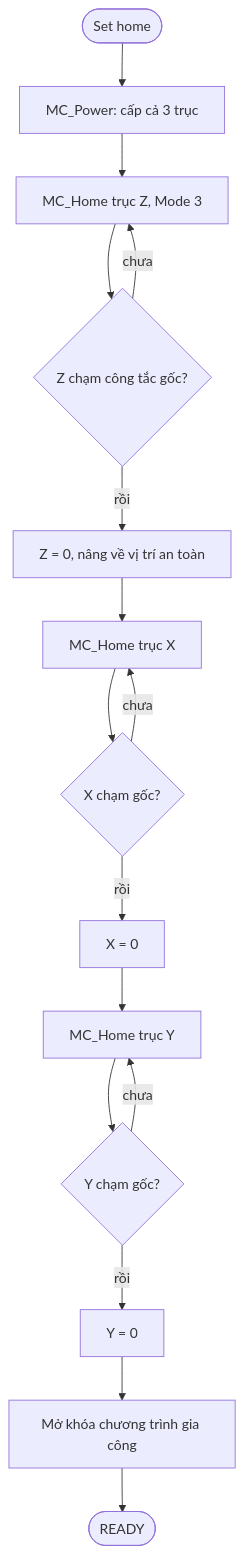
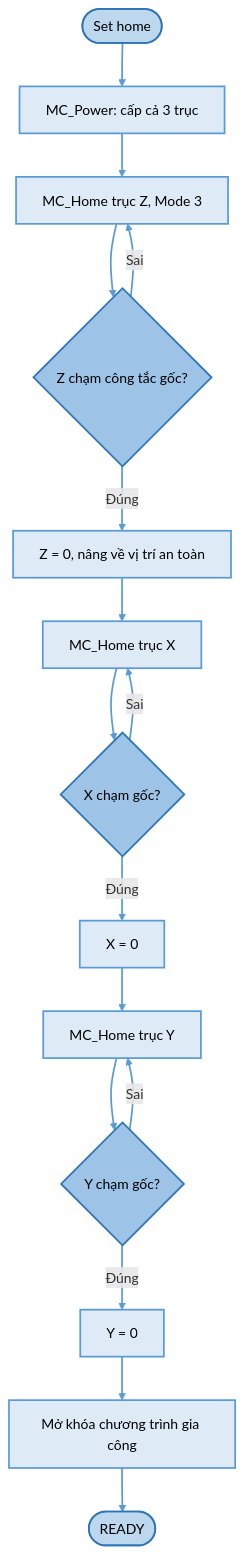
The third of 10 diagrams in docs/luu-do-giai-thuat.md (nguyentanphat1908-collab/IDE), drawn with Mermaid before and after one commit. The commit also changed other lines of this file and 4 other files, not shown here.

````diff
--- a/docs/luu-do-giai-thuat.md
+++ b/docs/luu-do-giai-thuat.md
@@ -73,18 +97,24 @@
 ```mermaid
 flowchart TD
-    A([Set home]) --> B["MC_Power: cấp cả 3 trục"]
-    B --> C["MC_Home trục Z, Mode 3"]
-    C --> D{"Z chạm công tắc gốc?"}
-    D -- chưa --> C
-    D -- rồi --> E["Z = 0, nâng về vị trí an toàn"]
-    E --> F["MC_Home trục X"]
-    F --> G{"X chạm gốc?"}
-    G -- chưa --> F
-    G -- rồi --> H["X = 0"]
-    H --> I["MC_Home trục Y"]
-    I --> J{"Y chạm gốc?"}
-    J -- chưa --> I
-    J -- rồi --> K["Y = 0"]
-    K --> L["Mở khóa chương trình gia công"]
-    L --> M([READY])
+    A([Set home]):::term --> B["MC_Power: cấp cả 3 trục"]:::proc
+    B --> C["MC_Home trục Z, Mode 3"]:::proc
+    C --> D{"Z chạm công tắc gốc?"}:::dec
+    D -- Sai --> C
+    D -- Đúng --> E["Z = 0, nâng về vị trí an toàn"]:::proc
+    E --> F["MC_Home trục X"]:::proc
+    F --> G{"X chạm gốc?"}:::dec
+    G -- Sai --> F
+    G -- Đúng --> H["X = 0"]:::proc
+    H --> I["MC_Home trục Y"]:::proc
+    I --> J{"Y chạm gốc?"}:::dec
+    J -- Sai --> I
+    J -- Đúng --> K["Y = 0"]:::proc
+    K --> L["Mở khóa chương trình gia công"]:::proc
+    L --> M([READY]):::term
+    classDef term fill:#BDD7EE,stroke:#2E75B6,stroke-width:2px,color:#000
+    classDef proc fill:#DEEBF7,stroke:#5B9BD5,stroke-width:2px,color:#000
+    classDef io   fill:#DEEBF7,stroke:#5B9BD5,stroke-width:2px,color:#000
+    classDef dec  fill:#9DC3E6,stroke:#2E75B6,stroke-width:2px,color:#000
+    classDef conn fill:#9DC3E6,stroke:#2E75B6,stroke-width:2px,color:#000
+    linkStyle default stroke:#5B9BD5,stroke-width:2px
 ```
````
